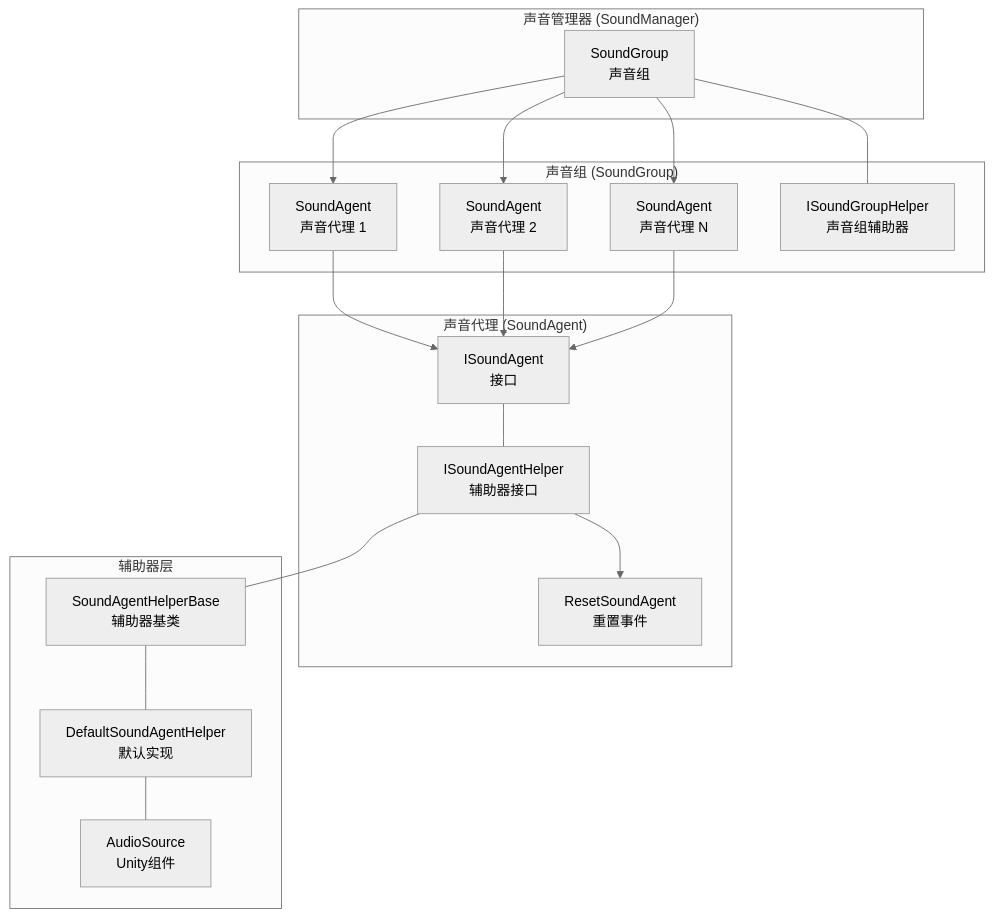
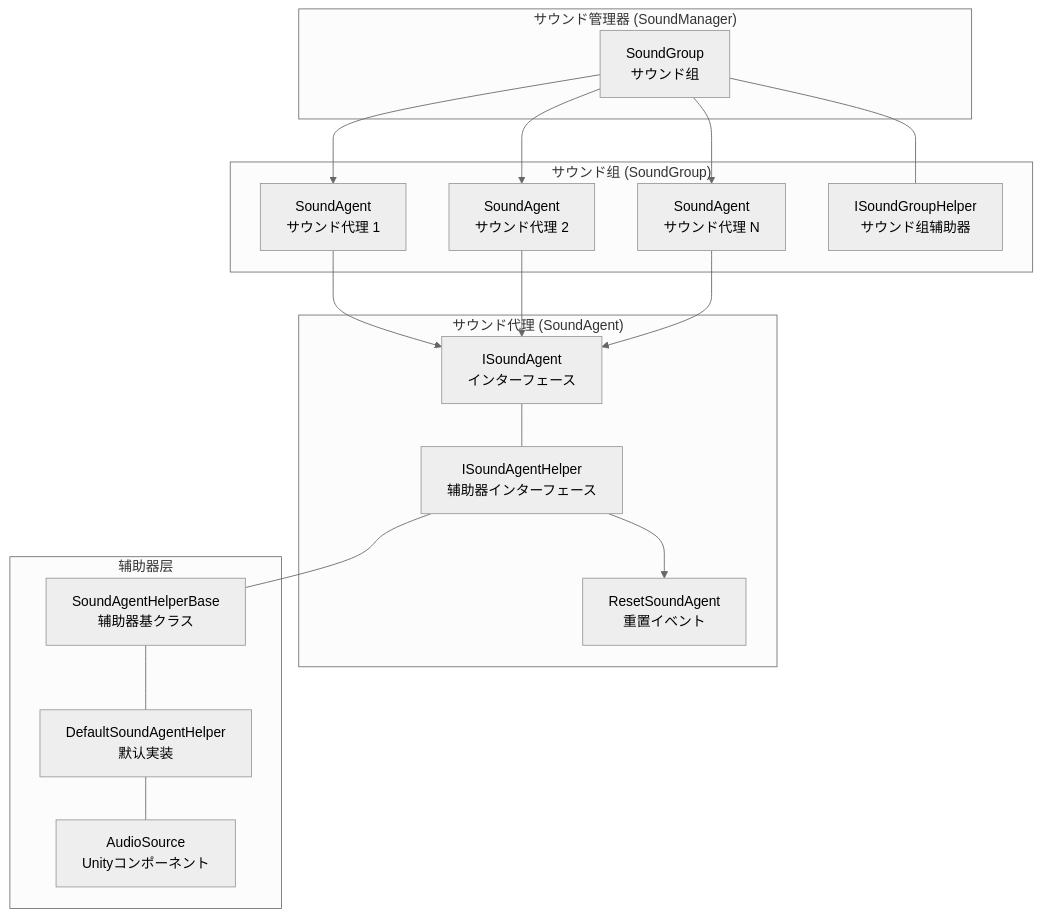
The first of 4 diagrams in docs/ja/client/unity/component/sound/07.sound-agent.md (AlianBlank/GameFrameX.Docs), drawn with Mermaid (neutral theme) before and after one commit. The commit also changed other lines of this file and 603 other files, not shown here.

````diff
--- a/docs/ja/client/unity/component/sound/07.sound-agent.md
+++ b/docs/ja/client/unity/component/sound/07.sound-agent.md
@@ -31,41 +31,41 @@
 ```mermaid
 graph TD
-    subgraph SoundManager["声音管理器 (SoundManager)"]
-        SG[SoundGroup<br/>声音组]
+    subgraph SoundManager["サウンド管理器 (SoundManager)"]
+        SG[SoundGroup<br/>サウンド组]
     end
 
-    subgraph SoundGroup["声音组 (SoundGroup)"]
-        SA1[SoundAgent<br/>声音代理 1]
-        SA2[SoundAgent<br/>声音代理 2]
-        SA3[SoundAgent<br/>声音代理 N]
-        SGH[ISoundGroupHelper<br/>声音组辅助器]
+    subgraph SoundGroup["サウンド组 (SoundGroup)"]
+        SA1[SoundAgent<br/>サウンド代理 1]
+        SA2[SoundAgent<br/>サウンド代理 2]
+        SA3[SoundAgent<br/>サウンド代理 N]
+        SGH[ISoundGroupHelper<br/>サウンド组辅助器]
     end
 
-    subgraph SoundAgent["声音代理 (SoundAgent)"]
-        ISA[ISoundAgent<br/>接口]
-        ISAHelper[ISoundAgentHelper<br/>辅助器接口]
-        ResetEvent[ResetSoundAgent<br/>重置事件]
+    subgraph SoundAgent["サウンド代理 (SoundAgent)"]
+        ISA[ISoundAgent<br/>インターフェース]
+        ISAHelper[ISoundAgentHelper<br/>辅助器インターフェース]
+        ResetEvent[ResetSoundAgent<br/>重置イベント]
     end
 
     subgraph HelperLayer["辅助器层"]
-        SAHB[SoundAgentHelperBase<br/>辅助器基类]
-        DSAH[DefaultSoundAgentHelper<br/>默认实现]
-        AS[AudioSource<br/>Unity组件]
+        SAHB[SoundAgentHelperBase<br/>辅助器基クラス]
+        DSAH[DefaultSoundAgentHelper<br/>默认実装]
+        AS[AudioSource<br/>Unityコンポーネント]
     end
 
     SG --> SA1
     SG --> SA2
     SG --> SA3
     SG --- SGH
 
     SA1 --> ISA
     SA2 --> ISA
     SA3 --> ISA
 
     ISA --- ISAHelper
     ISAHelper --- SAHB
     SAHB --- DSAH
     DSAH --- AS
 
     ISAHelper --> ResetEvent
 ```
````
